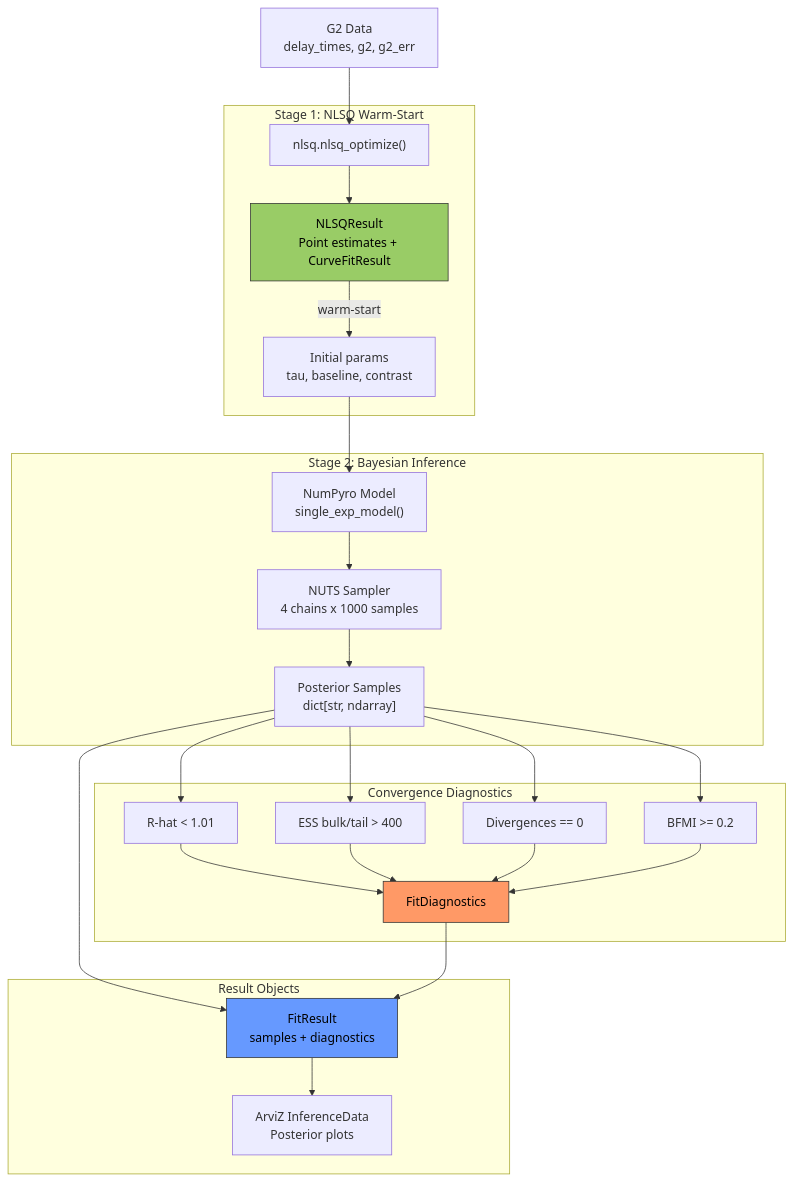
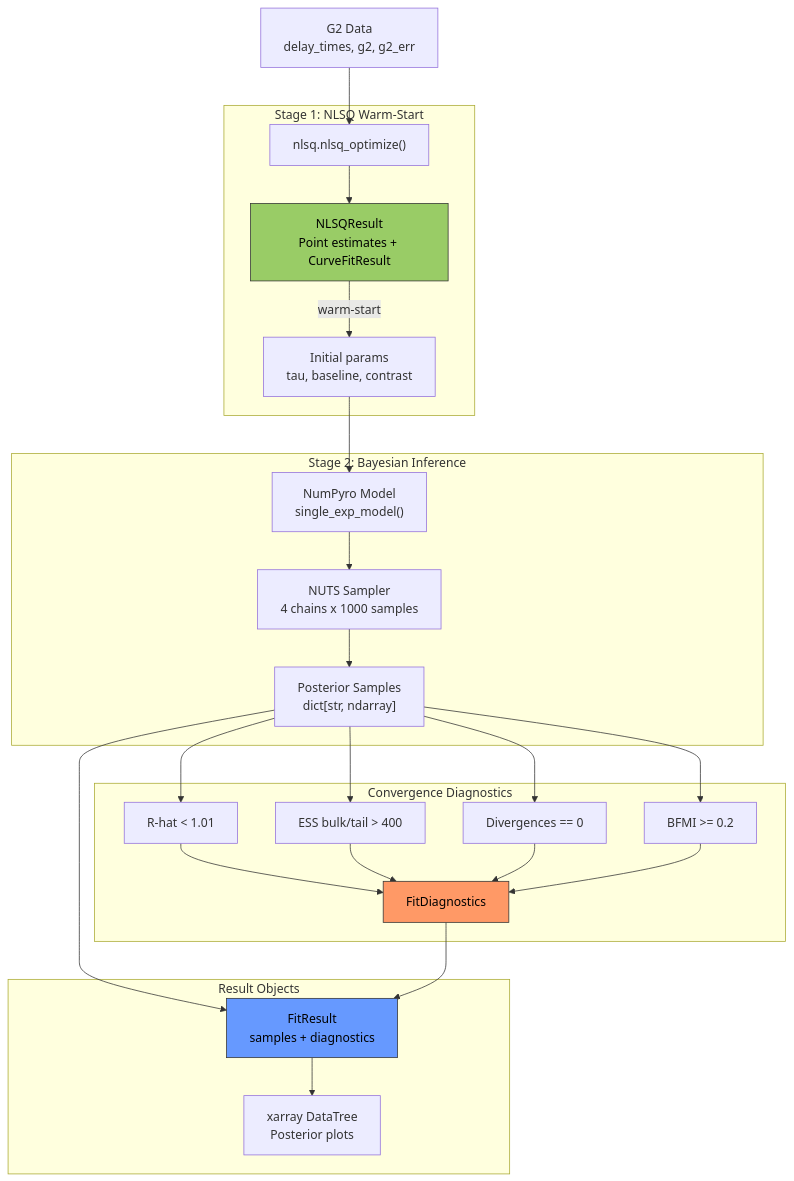
The third of 4 diagrams in docs/architecture/data_flow.md (imewei/XPCS-Toolkit), drawn with Mermaid before and after one commit. The commit also changed 4 other files, not shown here.

````diff
--- a/docs/architecture/data_flow.md
+++ b/docs/architecture/data_flow.md
@@ -158,53 +158,53 @@
 ```{mermaid}
 flowchart TD
     G2["G2 Data<br/>delay_times, g2, g2_err"]
 
     subgraph Stage1["Stage 1: NLSQ Warm-Start"]
         NF["nlsq.nlsq_optimize()"]
         NR["NLSQResult<br/>Point estimates + CurveFitResult"]
         P0["Initial params<br/>tau, baseline, contrast"]
     end
 
     subgraph Stage2["Stage 2: Bayesian Inference"]
         MC["NumPyro Model<br/>single_exp_model()"]
         NU["NUTS Sampler<br/>4 chains x 1000 samples"]
         PS["Posterior Samples<br/>dict[str, ndarray]"]
     end
 
     subgraph Diagnostics["Convergence Diagnostics"]
         RH["R-hat < 1.01"]
         ESS["ESS bulk/tail > 400"]
         DIV["Divergences == 0"]
         BF["BFMI >= 0.2"]
         FD["FitDiagnostics"]
     end
 
     subgraph Results["Result Objects"]
         FR["FitResult<br/>samples + diagnostics"]
-        AZ["ArviZ InferenceData<br/>Posterior plots"]
+        AZ["xarray DataTree<br/>Posterior plots"]
     end
 
     G2 --> NF
     NF --> NR
     NR -->|"warm-start"| P0
     P0 --> MC
     MC --> NU
     NU --> PS
 
     PS --> RH
     PS --> ESS
     PS --> DIV
     PS --> BF
     RH --> FD
     ESS --> FD
     DIV --> FD
     BF --> FD
 
     PS --> FR
     FD --> FR
     FR --> AZ
 
     style NR fill:#9c6,stroke:#333,color:#000
     style FR fill:#69f,stroke:#333,color:#000
     style FD fill:#f96,stroke:#333,color:#000
 ```
````
